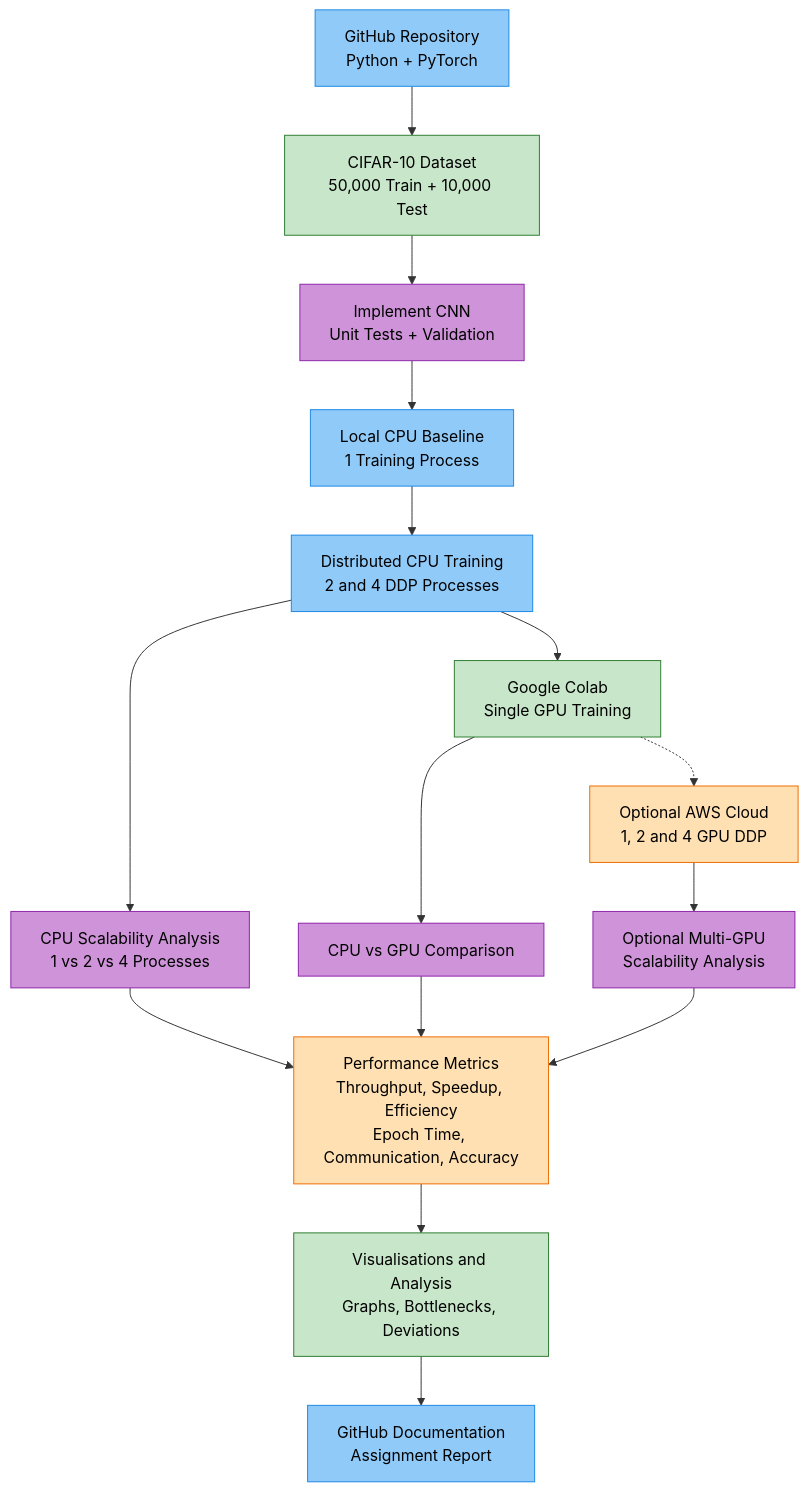
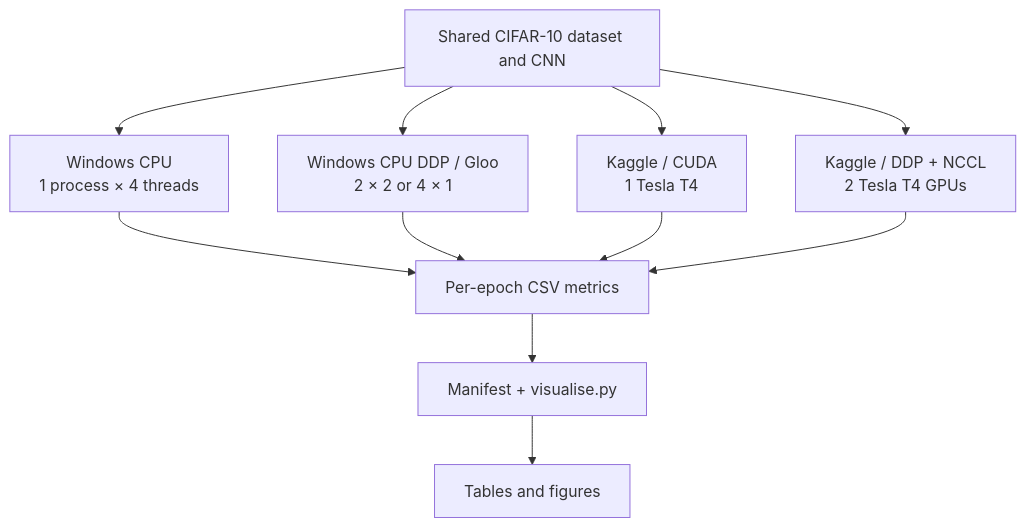
The second of 2 diagrams in README.md (arshadhs/aiml-mlsysops-image-classification), drawn with Mermaid before and after one commit. The commit also changed other lines of this file and 26 other files, not shown here.

````diff
--- a/README.md
+++ b/README.md
@@ -55,52 +54,20 @@
 ```mermaid
-
 flowchart TD
-    A["GitHub Repository<br/>Python + PyTorch"]
-    B["CIFAR-10 Dataset<br/>50,000 Train + 10,000 Test"]
-    C["Implement CNN<br/>Unit Tests + Validation"]
-
-    D["Local CPU Baseline<br/>1 Training Process"]
-    E["Distributed CPU Training<br/>2 and 4 DDP Processes"]
-
-    F["Google Colab<br/>Single GPU Training"]
-    G["Optional AWS Cloud<br/>1, 2 and 4 GPU DDP"]
-
-    H["CPU Scalability Analysis<br/>1 vs 2 vs 4 Processes"]
-    I["CPU vs GPU Comparison"]
-    J["Optional Multi-GPU<br/>Scalability Analysis"]
-
-    K["Performance Metrics<br/>Throughput, Speedup, Efficiency<br/>Epoch Time, Communication, Accuracy"]
-
-    L["Visualisations and Analysis<br/>Graphs, Bottlenecks, Deviations"]
-    M["GitHub Documentation<br/>Assignment Report"]
-
-    A --> B --> C --> D
-    D --> E
-    E --> H
-
+    A["Shared CIFAR-10 dataset and CNN"]
+    B["Windows CPU<br/>1 process × 4 threads"]
+    C["Windows CPU DDP / Gloo<br/>2 × 2 or 4 × 1"]
+    D["Kaggle / CUDA<br/>1 Tesla T4"]
+    E["Kaggle / DDP + NCCL<br/>2 Tesla T4 GPUs"]
+    F["Per-epoch CSV metrics"]
+    G["Manifest + visualise.py"]
+    H["Tables and figures"]
+    A --> B
+    A --> C
+    A --> D
+    A --> E
+    B --> F
+    C --> F
+    D --> F
     E --> F
-    F --> I
-    F -.-> G
-    G --> J
-
-    H --> K
-    I --> K
-    J --> K
-
-    K --> L --> M
-
-    style A fill:#90CAF9,stroke:#1E88E5,color:#000
-    style B fill:#C8E6C9,stroke:#2E7D32,color:#000
-    style C fill:#CE93D8,stroke:#8E24AA,color:#000
-    style D fill:#90CAF9,stroke:#1E88E5,color:#000
-    style E fill:#90CAF9,stroke:#1E88E5,color:#000
-    style F fill:#C8E6C9,stroke:#2E7D32,color:#000
-    style G fill:#FFE0B2,stroke:#EF6C00,color:#000
-    style H fill:#CE93D8,stroke:#8E24AA,color:#000
-    style I fill:#CE93D8,stroke:#8E24AA,color:#000
-    style J fill:#CE93D8,stroke:#8E24AA,color:#000
-    style K fill:#FFE0B2,stroke:#EF6C00,color:#000
-    style L fill:#C8E6C9,stroke:#2E7D32,color:#000
-    style M fill:#90CAF9,stroke:#1E88E5,color:#000
-
+    F --> G --> H
 ```
````
